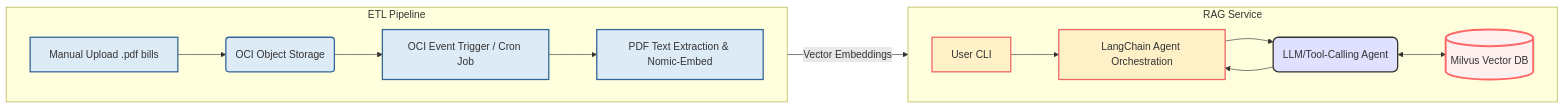
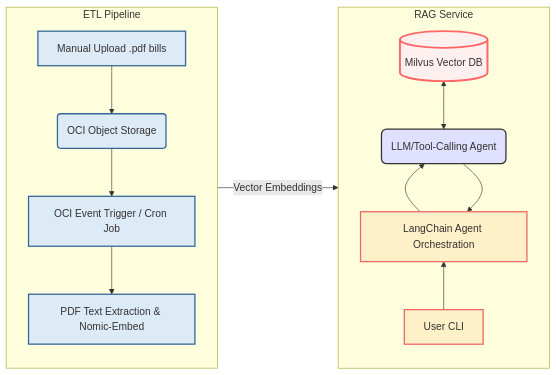
One commit to Alvan-Dmello/Intelligent-Utility-Bill-RAG changed the diagram in README.md. Above: the diagram before and after it, drawn with Mermaid.

````diff
--- a/README.md
+++ b/README.md
@@ -29,79 +29,79 @@
 ```mermaid
 
 graph LR
 
 classDef etl fill:#DDEBF7,stroke:#369,stroke-width:2px;
 
 classDef rag fill:#FEF0C7,stroke:#E66,stroke-width:2px;
 
 classDef db fill:#FCE9E9,stroke:#F00,stroke-width:3px;
 
 classDef interface fill:#E6FFED,stroke:#0A0;
 
 
 
 subgraph ETL Pipeline
 
-direction LR
+direction TD
 
 A[Manual Upload .pdf bills]:::interface
 
 B(OCI Object Storage)
 
 C[OCI Event Trigger / Cron Job]
 
 D[PDF Text Extraction & Nomic-Embed]
 
 
 
 A --> B --> C --> D;
 
 class A,B,C,D etl
 
 end
 
 
 
 subgraph RAG Service
 
-direction LR
+direction BT
 
 F[User CLI]:::interface
 
 I[LangChain Agent Orchestration]
 
 H(LLM/Tool-Calling Agent)
 
 E[(Milvus Vector DB)]:::db
 
 
 
 F --> I;
 
 I --> H;
 
 H <--> E;
 
 H --> I;
 
 
 
 class F,I,H rag
 
 end
 
 
 
 %% Link the two subgraphs
 
 D -- Vector Embeddings --> E;
 
 
 
 %% Explicitly style the DB and Agent for emphasis (optional, can be removed if classes are enough)
 
 style H fill:#E0E0FF,stroke:#333,stroke-width:2px,rx:8px,ry:8px
 
 style E fill:#FFF0F0,stroke:#F66,stroke-width:3px
 
 ```
````
